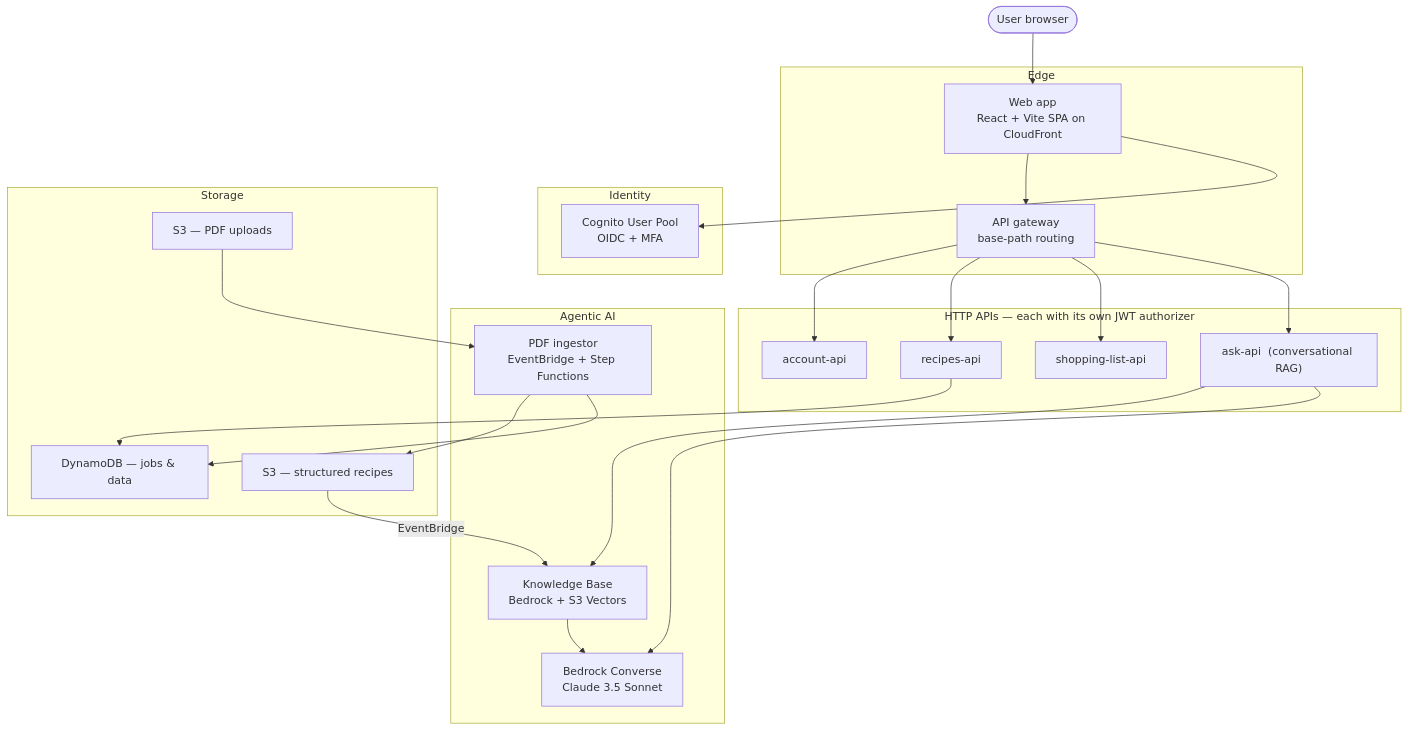
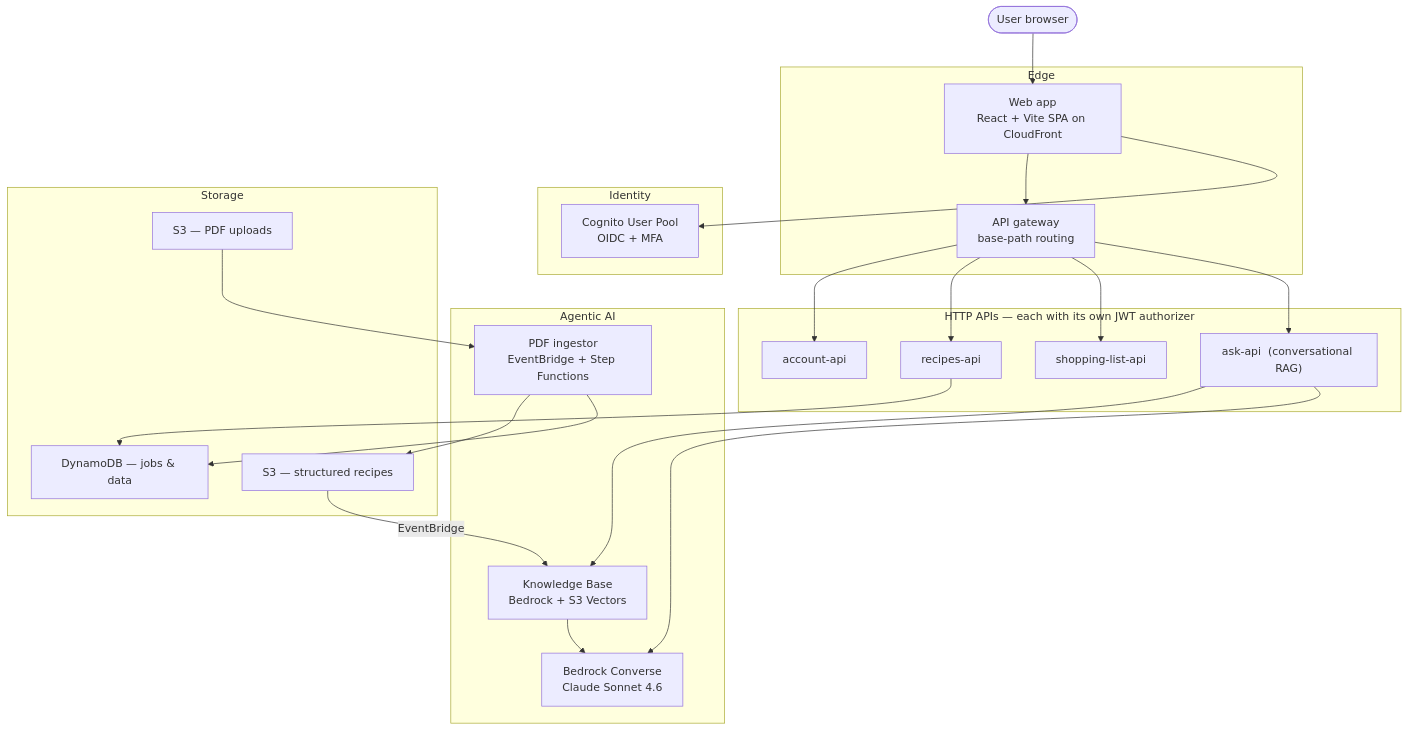
Before and after one commit to dbryant4/mealr-case-study: the diagram in README.md, drawn with Mermaid. The commit also changed other lines of this file and 1 other file, not shown here.

Commit message:
Add TOC and SVG architecture diagram; use Claude Sonnet 4.6

````diff
--- a/README.md
+++ b/README.md
@@ -41,42 +62,42 @@
 ```mermaid
 flowchart TB
   user(["User browser"])
 
   subgraph edge ["Edge"]
     web["Web app<br/>React + Vite SPA on CloudFront"]
     gw["API gateway<br/>base-path routing"]
   end
 
   subgraph identity ["Identity"]
     cognito["Cognito User Pool<br/>OIDC + MFA"]
   end
 
   subgraph apis ["HTTP APIs — each with its own JWT authorizer"]
     account["account-api"]
     recipes["recipes-api"]
     shopping["shopping-list-api"]
     ask["ask-api  (conversational RAG)"]
   end
 
   subgraph ai ["Agentic AI"]
     kb["Knowledge Base<br/>Bedrock + S3 Vectors"]
-    bedrock["Bedrock Converse<br/>Claude 3.5 Sonnet"]
+    bedrock["Bedrock Converse<br/>Claude Sonnet 4.6"]
     ingest["PDF ingestor<br/>EventBridge + Step Functions"]
   end
 
   subgraph data ["Storage"]
     s3in["S3 — PDF uploads"]
     s3out["S3 — structured recipes"]
     ddb["DynamoDB — jobs & data"]
   end
 
   user --> web --> gw
   web --> cognito
   gw --> account & recipes & shopping & ask
   s3in --> ingest --> s3out
   s3out -- EventBridge --> kb
   ask --> kb --> bedrock
   ask --> bedrock
   recipes --> ddb
   ingest --> ddb
 ```
````
